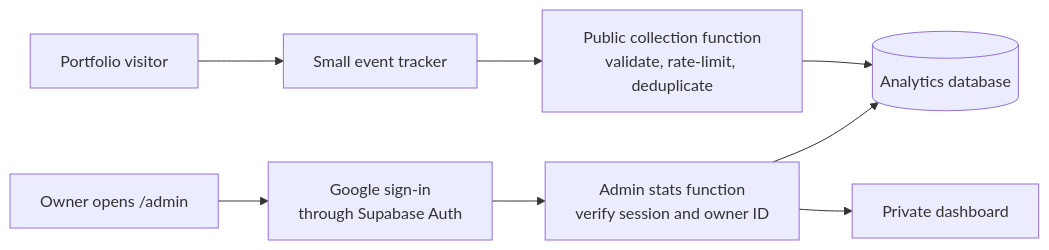
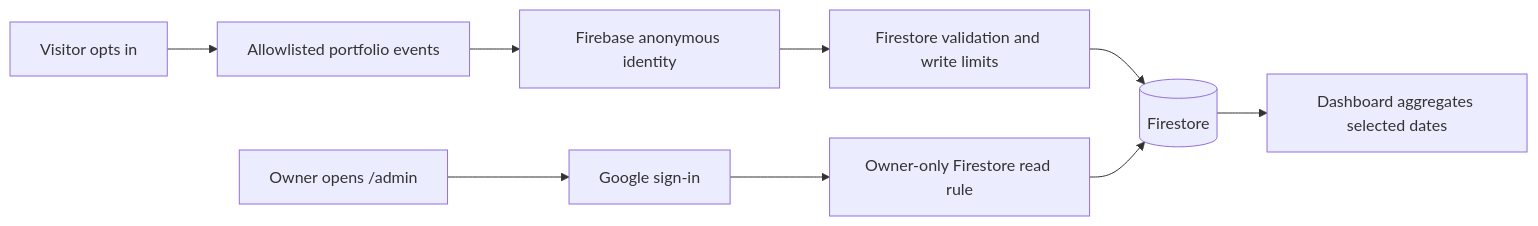
One commit to Kajaltiwari892/New_portfolio changed the diagram in ADMIN_ANALYTICS_PLAN.md. Above: the diagram before and after it, drawn with Mermaid. The commit also changed other lines of this file and 29 other files, not shown here.

````diff
--- a/ADMIN_ANALYTICS_PLAN.md
+++ b/ADMIN_ANALYTICS_PLAN.md
@@ -60,10 +23,11 @@
 ```mermaid
 flowchart LR
-    V[Portfolio visitor] --> T[Small event tracker]
-    T --> C[Public collection function\nvalidate, rate-limit, deduplicate]
-    C --> D[(Analytics database)]
-    O[Owner opens /admin] --> G[Google sign-in\nthrough Supabase Auth]
-    G --> A[Admin stats function\nverify session and owner ID]
-    A --> D
-    A --> U[Private dashboard]
+  V[Visitor opts in] --> T[Allowlisted portfolio events]
+  T --> A[Firebase anonymous identity]
+  A --> R[Firestore validation and write limits]
+  R --> D[(Firestore)]
+  O[Owner opens /admin] --> G[Google sign-in]
+  G --> S[Owner-only Firestore read rule]
+  S --> D
+  D --> U[Dashboard aggregates selected dates]
 ```
````
